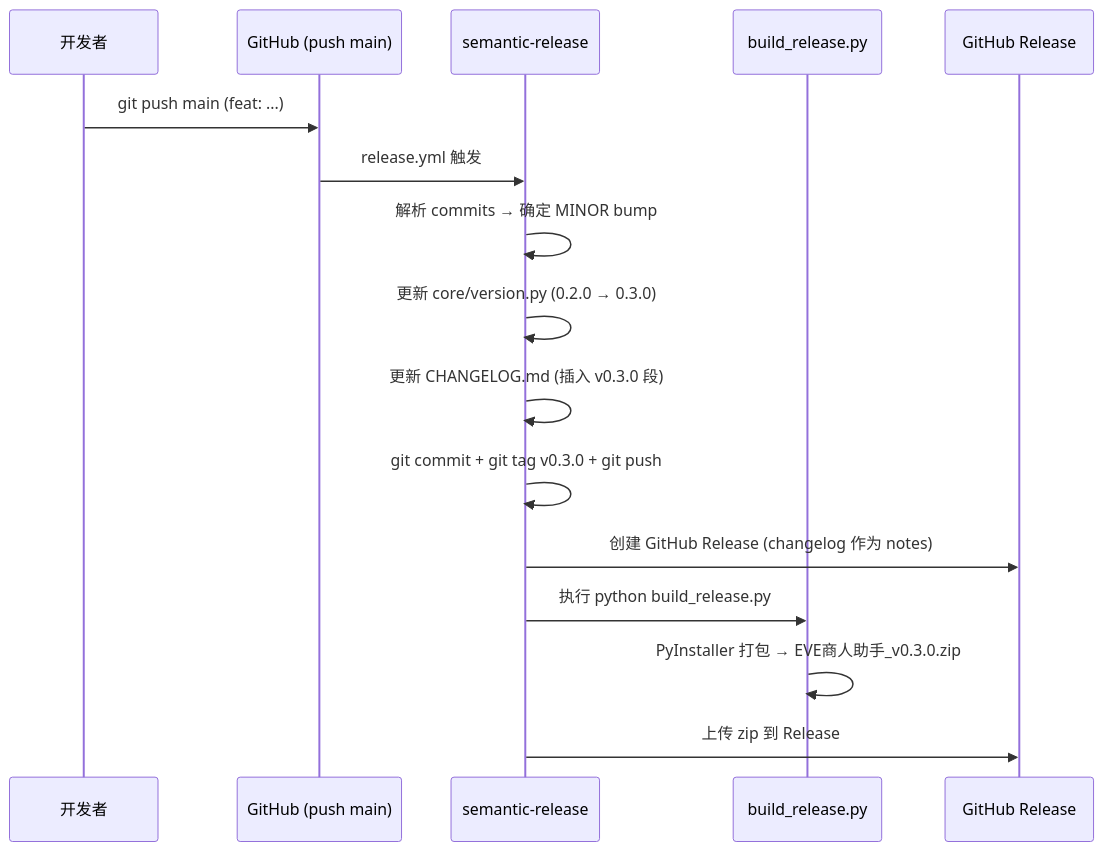
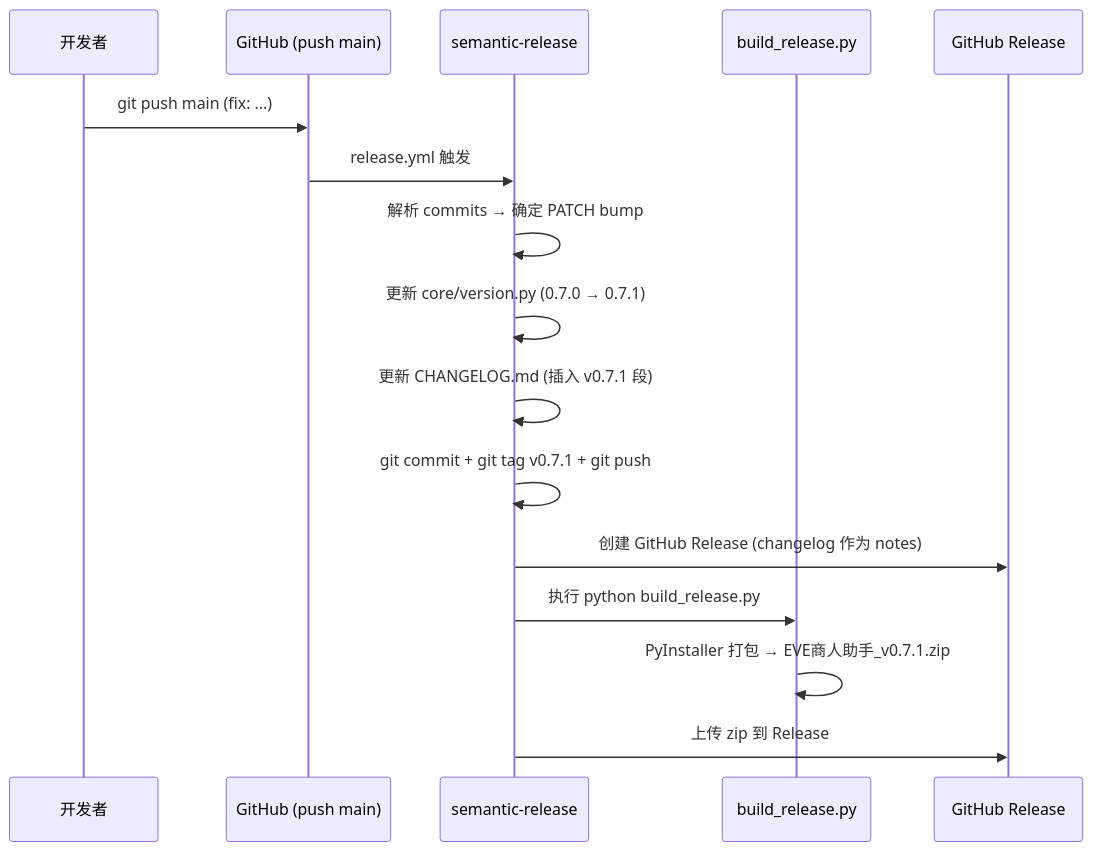
The diagram in docs/dev/versioning.md (Hermannmayer/EVE-Online-Industrial-Assistant), drawn with Mermaid before and after one commit. The commit also changed other lines of this file and 16 other files, not shown here.

````diff
--- a/docs/dev/versioning.md
+++ b/docs/dev/versioning.md
@@ -58,19 +56,19 @@
 ```mermaid
 sequenceDiagram
     participant D as 开发者
     participant GH as GitHub (push main)
     participant SR as semantic-release
     participant BR as build_release.py
     participant R as GitHub Release
 
-    D->>GH: git push main (feat: ...)
+    D->>GH: git push main (fix: ...)
     GH->>SR: release.yml 触发
-    SR->>SR: 解析 commits → 确定 MINOR bump
-    SR->>SR: 更新 core/version.py (0.2.0 → 0.3.0)
-    SR->>SR: 更新 CHANGELOG.md (插入 v0.3.0 段)
-    SR->>SR: git commit + git tag v0.3.0 + git push
+    SR->>SR: 解析 commits → 确定 PATCH bump
+    SR->>SR: 更新 core/version.py (0.7.0 → 0.7.1)
+    SR->>SR: 更新 CHANGELOG.md (插入 v0.7.1 段)
+    SR->>SR: git commit + git tag v0.7.1 + git push
     SR->>R: 创建 GitHub Release (changelog 作为 notes)
     SR->>BR: 执行 python build_release.py
-    BR->>BR: PyInstaller 打包 → EVE商人助手_v0.3.0.zip
+    BR->>BR: PyInstaller 打包 → EVE商人助手_v0.7.1.zip
     SR->>R: 上传 zip 到 Release
 ```
````
